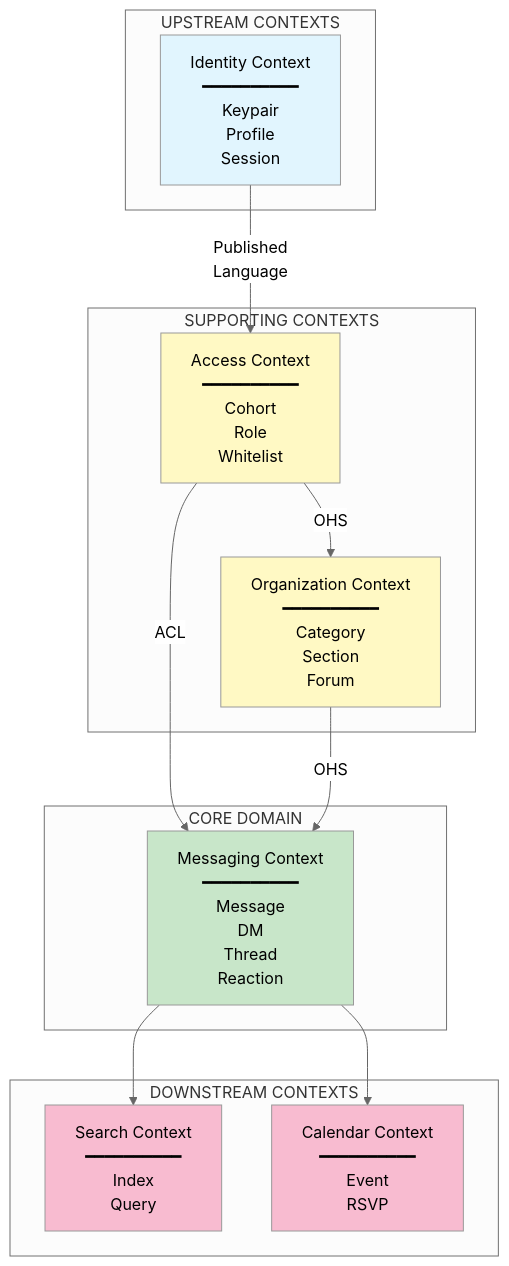
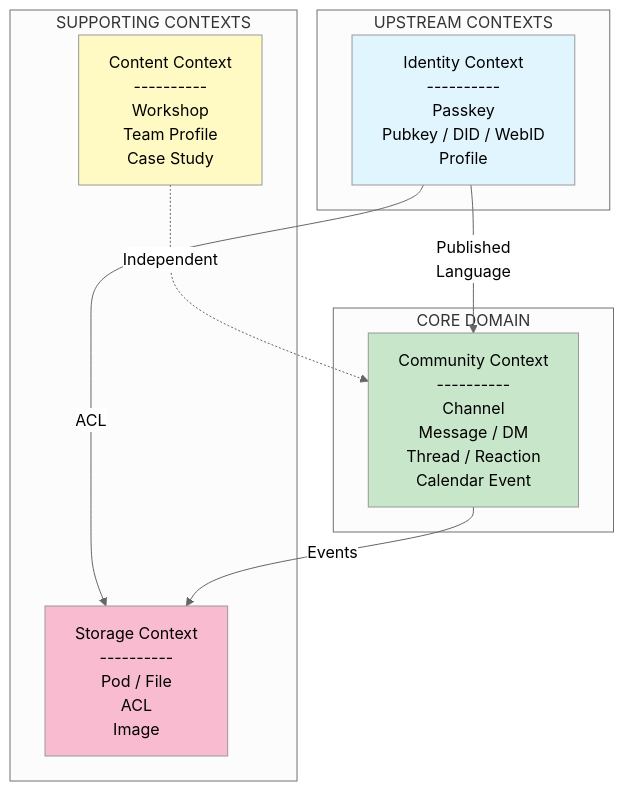
The diagram in docs/ddd/02-bounded-contexts.md (DreamLab-AI/dreamlab-ai-website), drawn with Mermaid (neutral theme) before and after one commit. The commit also changed other lines of this file and 49 other files, not shown here.

````diff
--- a/docs/ddd/02-bounded-contexts.md
+++ b/docs/ddd/02-bounded-contexts.md
@@ -14,34 +14,25 @@
 ```mermaid
 graph TB
     subgraph Upstream["UPSTREAM CONTEXTS"]
-        Identity["Identity Context<br/>━━━━━━━━━━<br/>Keypair<br/>Profile<br/>Session"]
+        Identity["Identity Context<br/>----------<br/>Passkey<br/>Pubkey / DID / WebID<br/>Profile"]
+    end
+
+    subgraph Core["CORE DOMAIN"]
+        Community["Community Context<br/>----------<br/>Channel<br/>Message / DM<br/>Thread / Reaction<br/>Calendar Event"]
     end
 
     subgraph Supporting["SUPPORTING CONTEXTS"]
-        Access["Access Context<br/>━━━━━━━━━━<br/>Cohort<br/>Role<br/>Whitelist"]
-        Organization["Organization Context<br/>━━━━━━━━━━<br/>Category<br/>Section<br/>Forum"]
+        Content["Content Context<br/>----------<br/>Workshop<br/>Team Profile<br/>Case Study"]
+        Storage["Storage Context<br/>----------<br/>Pod / File<br/>ACL<br/>Image"]
     end
 
-    subgraph Core["CORE DOMAIN"]
-        Messaging["Messaging Context<br/>━━━━━━━━━━<br/>Message<br/>DM<br/>Thread<br/>Reaction"]
-    end
-
-    subgraph Downstream["DOWNSTREAM CONTEXTS"]
-        Search["Search Context<br/>━━━━━━━━━━<br/>Index<br/>Query"]
-        Calendar["Calendar Context<br/>━━━━━━━━━━<br/>Event<br/>RSVP"]
-    end
-
-    Identity -->|Published<br/>Language| Access
-    Access -->|OHS| Organization
-    Access -->|ACL| Messaging
-    Organization -->|OHS| Messaging
-    Messaging --> Search
-    Messaging --> Calendar
+    Identity -->|Published<br/>Language| Community
+    Identity -->|ACL| Storage
+    Community -->|Events| Storage
+    Content -.->|Independent| Community
 
     style Identity fill:#e1f5fe
-    style Access fill:#fff9c4
-    style Organization fill:#fff9c4
-    style Messaging fill:#c8e6c9
-    style Search fill:#f8bbd0
-    style Calendar fill:#f8bbd0
+    style Community fill:#c8e6c9
+    style Content fill:#fff9c4
+    style Storage fill:#f8bbd0
 ```
````
